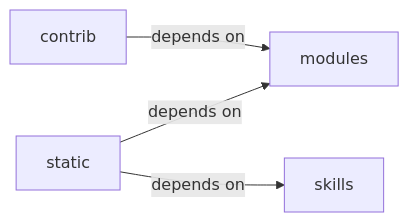
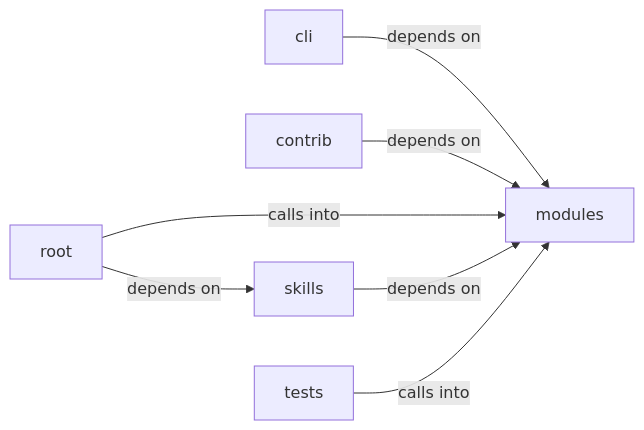
Before and after one commit to grisuno/LazyOwn: the diagram in readmenator-diagrams/skills_claude_md_orchestrator.md, drawn with Mermaid. The commit also changed other lines of this file and 422 other files, not shown here.

````diff
--- a/readmenator-diagrams/skills_claude_md_orchestrator.md
+++ b/readmenator-diagrams/skills_claude_md_orchestrator.md
@@ -5,10 +5,15 @@
 ```mermaid
 graph LR
+    cli["cli"]
     contrib["contrib"]
     modules["modules"]
+    root["root"]
     skills["skills"]
-    static["static"]
+    tests["tests"]
+    cli -- "depends on" --> modules
     contrib -- "depends on" --> modules
-    static -- "depends on" --> modules
-    static -- "depends on" --> skills
+    root -- "calls into" --> modules
+    root -- "depends on" --> skills
+    skills -- "depends on" --> modules
+    tests -- "calls into" --> modules
 ```
````
